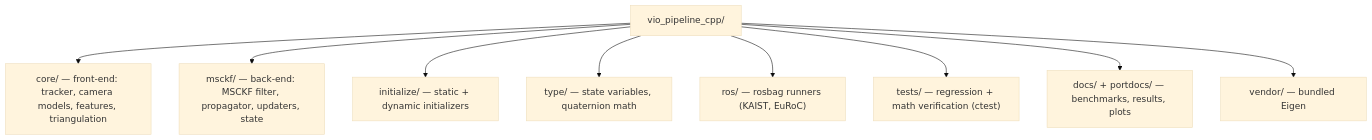
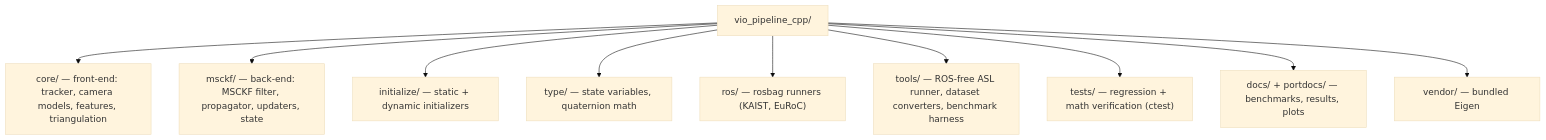
Before and after one commit to Shafwansafi06/vio_pipeline_cpp: the sixth of 6 diagrams in README.md, drawn with Mermaid (base theme). The commit also changed other lines of this file and 67 other files, not shown here.

````diff
--- a/README.md
+++ b/README.md
@@ -209,12 +275,13 @@
 ```mermaid
 flowchart TD
     ROOT["vio_pipeline_cpp/"]
     ROOT --> CORE["core/ — front-end: tracker, camera models, features, triangulation"]
     ROOT --> MSCKF["msckf/ — back-end: MSCKF filter, propagator, updaters, state"]
     ROOT --> INIT["initialize/ — static + dynamic initializers"]
     ROOT --> TYPE["type/ — state variables, quaternion math"]
     ROOT --> ROSD["ros/ — rosbag runners (KAIST, EuRoC)"]
+    ROOT --> TOOLS["tools/ — ROS-free ASL runner, dataset converters, benchmark harness"]
     ROOT --> TESTS["tests/ — regression + math verification (ctest)"]
     ROOT --> DOCS["docs/ + portdocs/ — benchmarks, results, plots"]
     ROOT --> VENDOR["vendor/ — bundled Eigen"]
 ```
````
